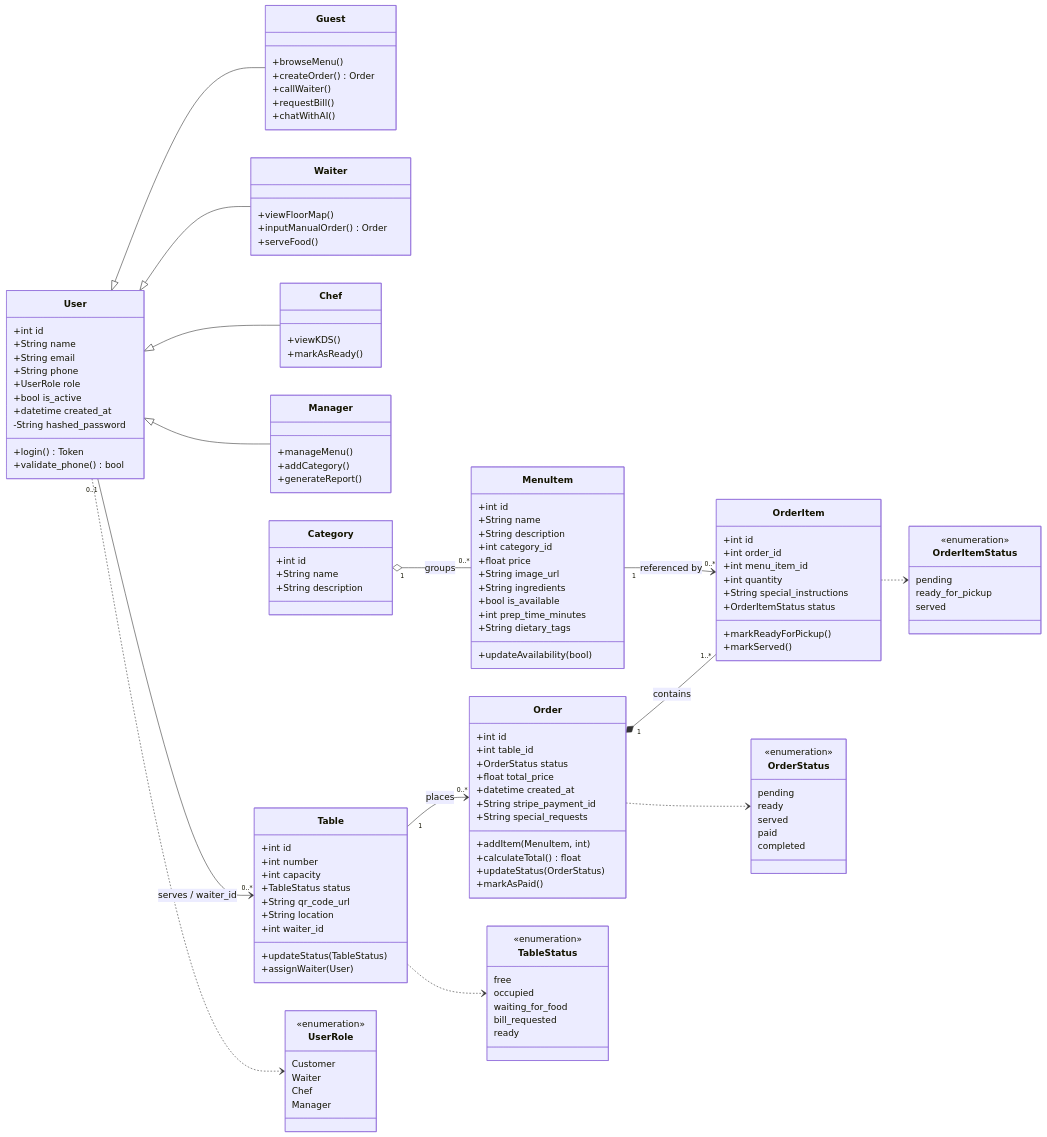
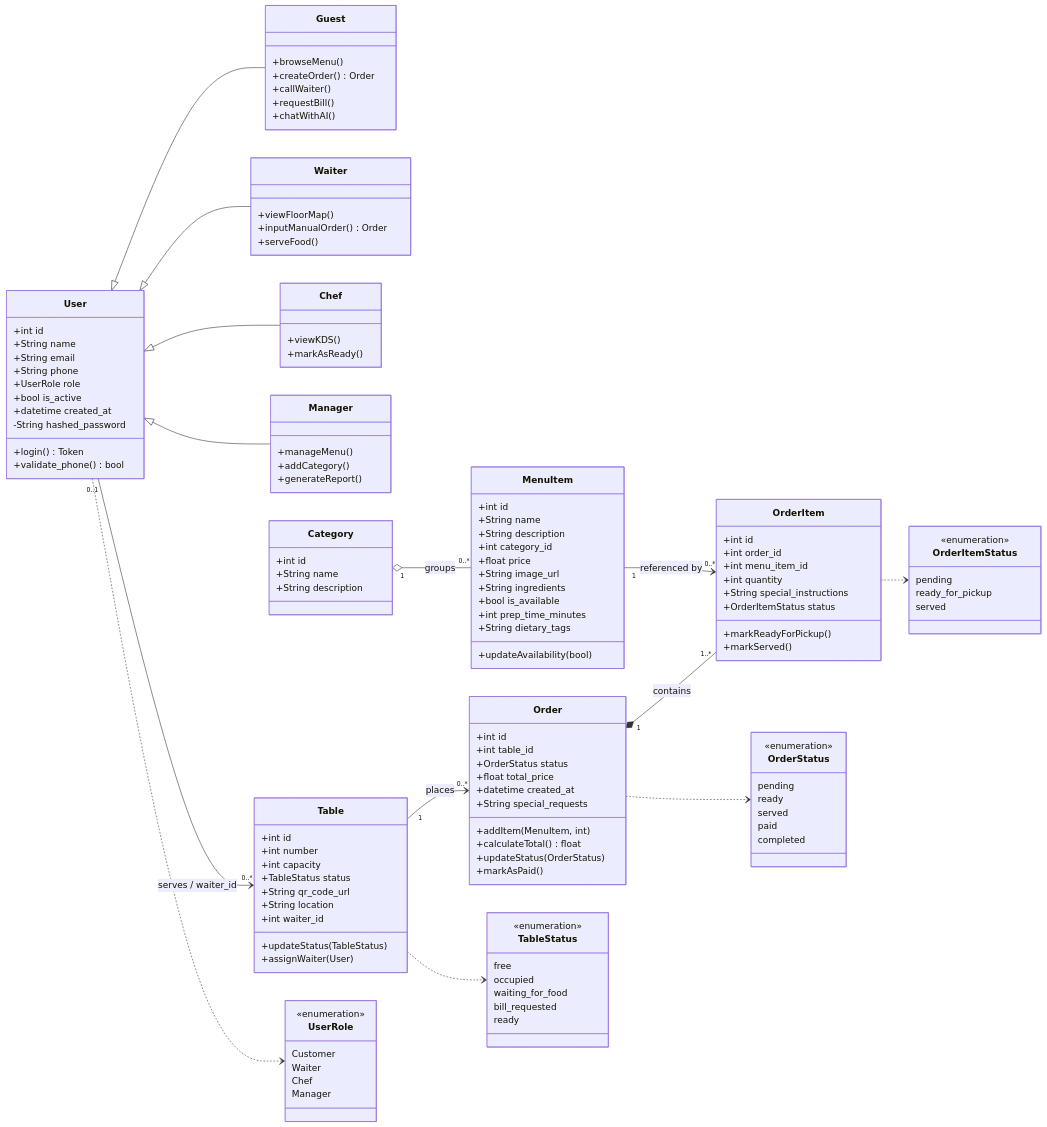
The fourth of 7 diagrams in README.md (RobertJmek/RestroManager), drawn with Mermaid before and after one commit. The commit also changed other lines of this file and 1 other file, not shown here.

First line of the commit message:
chore: remove Stripe payment references (deferred to future work)

```diff
--- a/README.md
+++ b/README.md
@@ -401,7 +388,6 @@
         +OrderStatus status
         +float total_price
         +datetime created_at
-        +String stripe_payment_id
         +String special_requests
         +addItem(MenuItem, int)
         +calculateTotal() float
```
